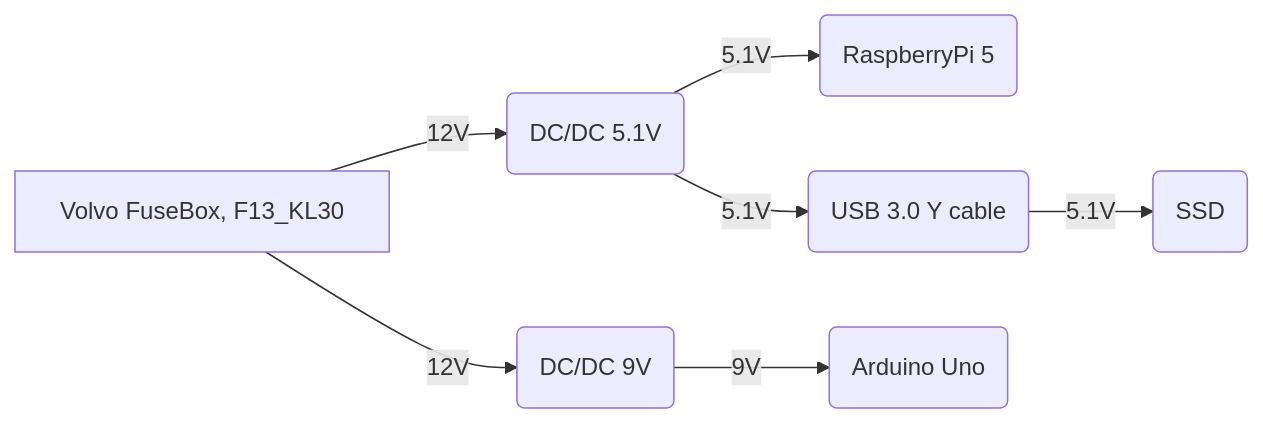
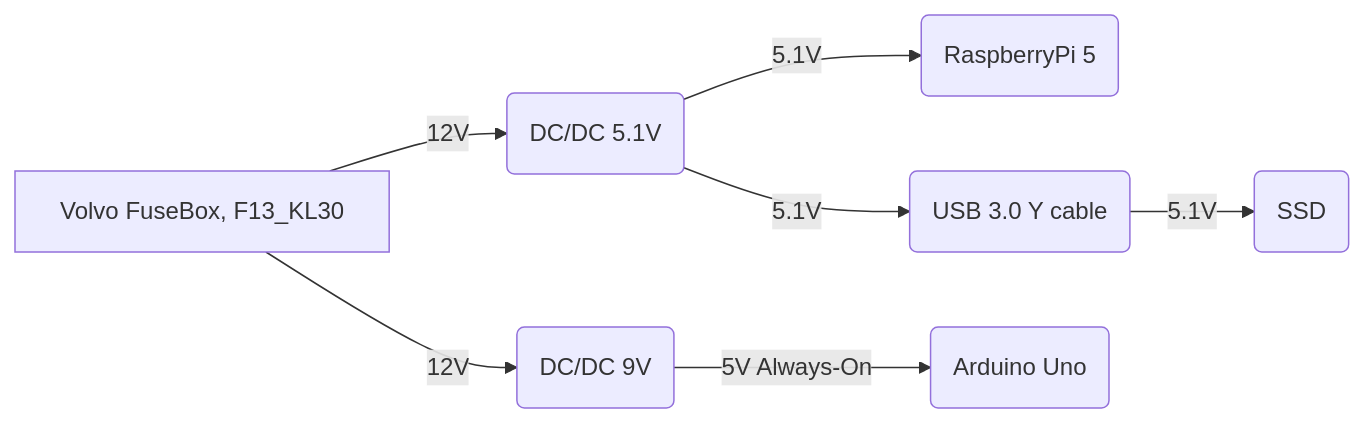
Before and after one commit to martis2580/Outdated-Volvo-Nav-Retrofit: the second of 5 diagrams in README.md, drawn with Mermaid.

Commit message:
Change voltage from 9V to 5V for Arduino Uno
Updated voltage specification for Arduino Uno connection.

````diff
--- a/README.md
+++ b/README.md
@@ -101,8 +101,8 @@
 ```mermaid
 flowchart LR
 A[Volvo FuseBox, F13_KL30] -->|12V| B(DC/DC 5.1V)
 A[Volvo FuseBox, F13_KL30] -->|12V| C(DC/DC 9V)
 B -->|5.1V| D(RaspberryPi 5)
 B -->|5.1V| E(USB 3.0 Y cable)-->|5.1V| F(SSD)
-C -->|9V| G(Arduino Uno)
+C -->|5V Always-On| G(Arduino Uno)
 ```
````
